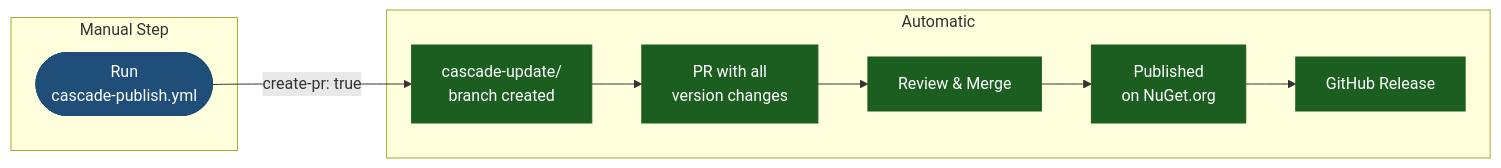
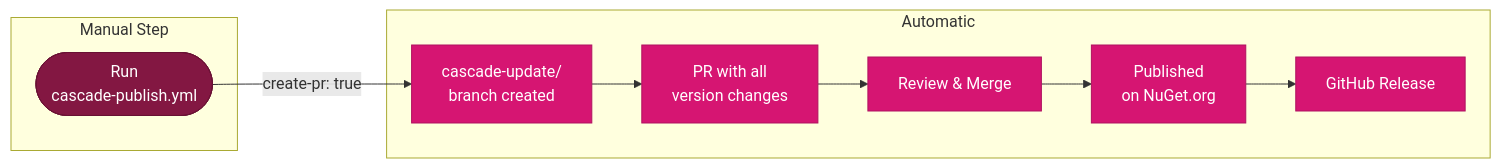
The diagram in docs/wiki/Cascade-Publish-Guide.md (acontplus/acontplus-dotnet-libs), drawn with Mermaid before and after one commit. The commit also changed 14 other files, not shown here.

First line of the commit message:
docs(wiki): enhance architecture documentation and streamline CI/CD workflows (#170)

````diff
--- a/docs/wiki/Cascade-Publish-Guide.md
+++ b/docs/wiki/Cascade-Publish-Guide.md
@@ -84,27 +84,27 @@
 ```mermaid
 flowchart LR
   subgraph manual[Manual Step]
     A(["`Run
     cascade-publish.yml`"])
   end
   subgraph auto[Automatic]
     B["`cascade-update/
     branch created`"]
     C[PR with all<br/>version changes]
     D[Review & Merge]
     E["`Published
     on NuGet.org`"]
     F[GitHub Release]
   end
 
   A -->|create-pr: true| B
   B --> C
   C --> D
   D --> E
   E --> F
 
-  classDef manual fill:#1f4e79,color:#fff,stroke:#1f4e79
-  classDef auto fill:#1b5e20,color:#fff,stroke:#1b5e20
+  classDef manual fill:#831742,color:#fff,stroke:#6a1235
+  classDef auto fill:#d61572,color:#fff,stroke:#b01260
   class A manual
   class B,C,D,E,F auto
 ```
````
